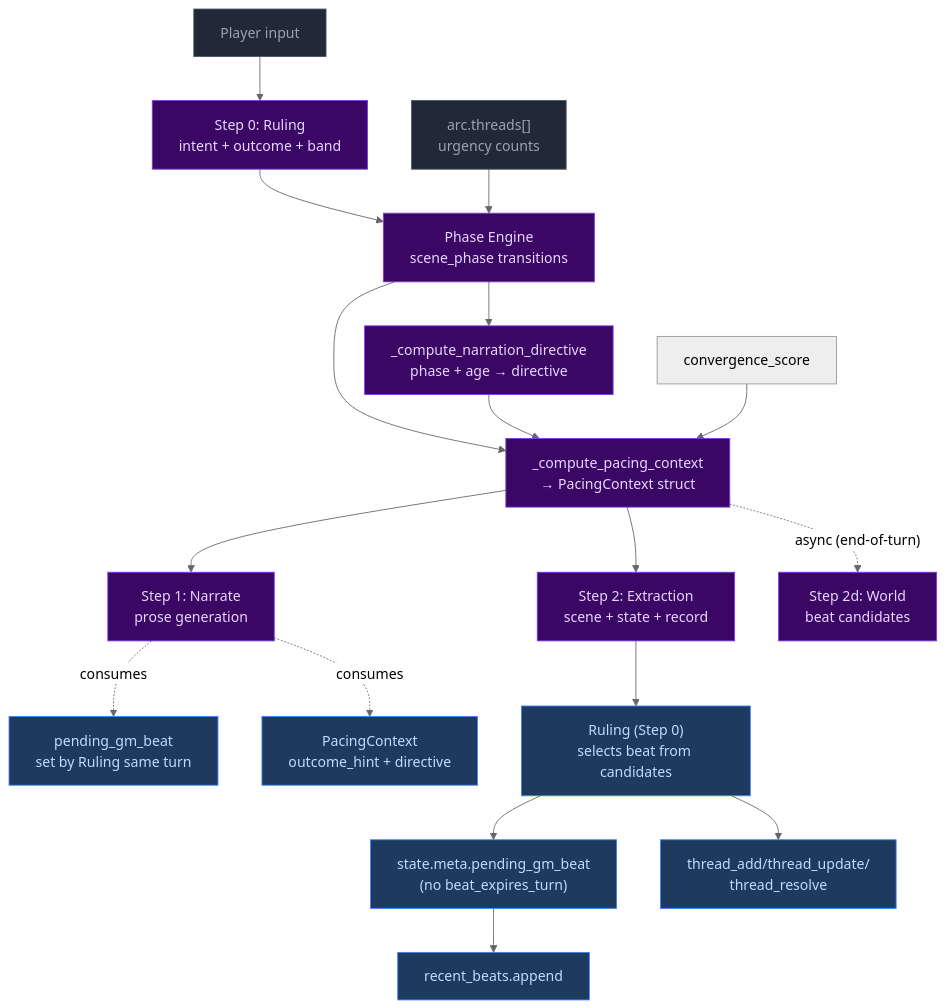
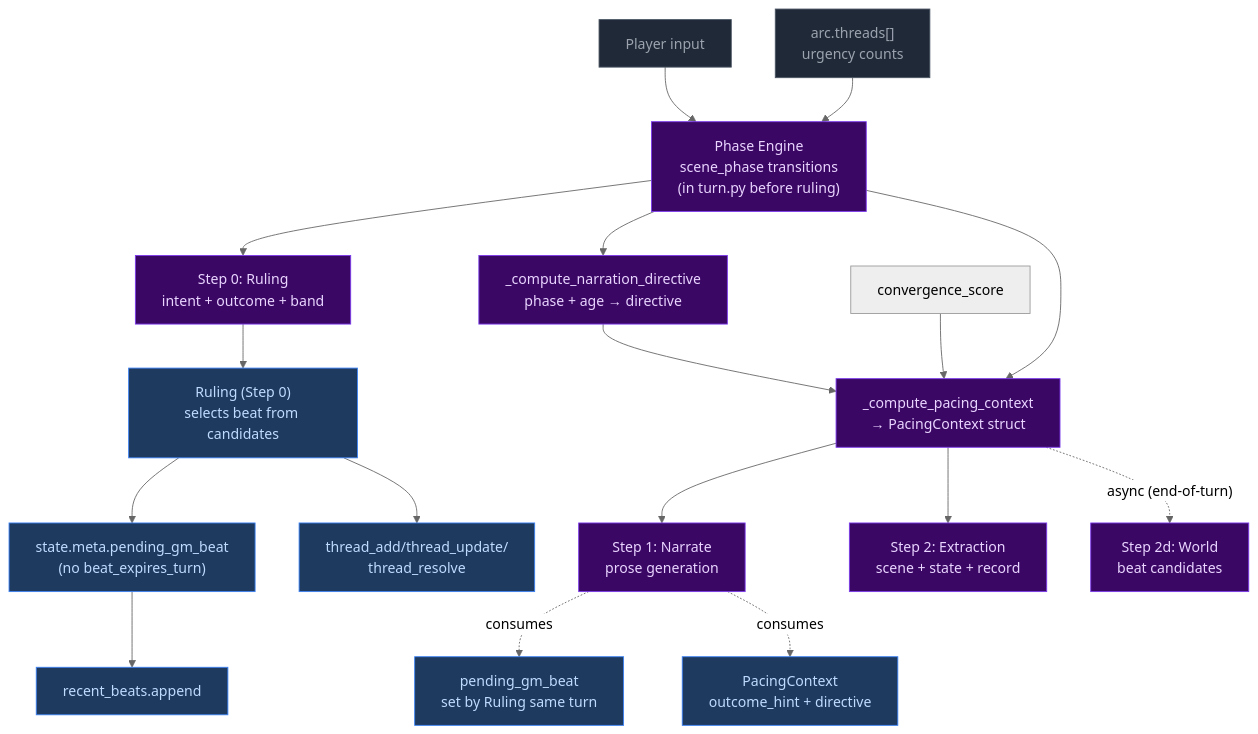
The seventh of 7 diagrams in docs/architecture/pacing-systems.md (pww217/fablethread), drawn with Mermaid (neutral theme) before and after one commit. The commit also changed other lines of this file and 115 other files, not shown here.

````diff
--- a/docs/architecture/pacing-systems.md
+++ b/docs/architecture/pacing-systems.md
@@ -266,36 +272,36 @@
 ```mermaid
 flowchart TD
     classDef input fill:#1f2937,color:#9ca3af,stroke:#4b5563
     classDef decision fill:#3b0764,color:#e9d5ff,stroke:#7c3aed
     classDef output fill:#1e3a5f,color:#bfdbfe,stroke:#3b82f6
     classDef system fill:#3b0764,color:#e9d5ff,stroke:#7c3aed,strokeWidth:2px
 
-    INPUT["Player input"]:::input --> RULING["Step 0: Ruling<br>intent + outcome + band"]:::system
-
-    RULING --> PHASE["Phase Engine<br>scene_phase transitions"]:::system
+    INPUT["Player input"]:::input --> PHASE["Phase Engine<br>scene_phase transitions<br>(in turn.py before ruling)"]:::system
 
     THREADS["arc.threads[]<br>urgency counts"]:::input --> PHASE
+
+    PHASE --> RULING["Step 0: Ruling<br>intent + outcome + band"]:::system
 
     PHASE --> DIR["_compute_narration_directive<br>phase + age → directive"]:::system
 
     PHASE & DIR & CS["convergence_score"] --> PC["_compute_pacing_context<br>→ PacingContext struct"]:::system
 
     PC --> NARRATE["Step 1: Narrate<br>prose generation"]:::system
     PC --> EXTRACTION["Step 2: Extraction<br>scene + state + record"]:::system
     PC -. "async (end-of-turn)" .-> WORLD["Step 2d: World<br>beat candidates"]:::system
 
     NARRATE -. "consumes" .-> N_GM["pending_gm_beat<br>set by Ruling same turn"]:::output
     NARRATE -. "consumes" .-> N_PC["PacingContext<br>outcome_hint + directive"]:::output
 
-    EXTRACTION --> RULING_EARLY["Ruling (Step 0)<br>selects beat from candidates"]:::output
+    RULING --> RULING_EARLY["Ruling (Step 0)<br>selects beat from candidates"]:::output
     RULING_EARLY --> BEAT_STORE["state.meta.pending_gm_beat<br>(no beat_expires_turn)"]:::output
     RULING_EARLY --> THREADS2["thread_add/thread_update/<br>thread_resolve"]:::output
 
     BEAT_STORE --> HISTORY["recent_beats.append"]:::output
 
     style RULING fill:#3b0764,color:#e9d5ff,stroke:#7c3aed,strokeWidth:2px
     style PHASE fill:#3b0764,color:#e9d5ff,stroke:#7c3aed,strokeWidth:2px
     style PC fill:#3b0764,color:#e9d5ff,stroke:#7c3aed,strokeWidth:2px
     style NARRATE fill:#3b0764,color:#e9d5ff,stroke:#7c3aed,strokeWidth:2px
     style EXTRACTION fill:#3b0764,color:#e9d5ff,stroke:#7c3aed,strokeWidth:2px
 ```
````
